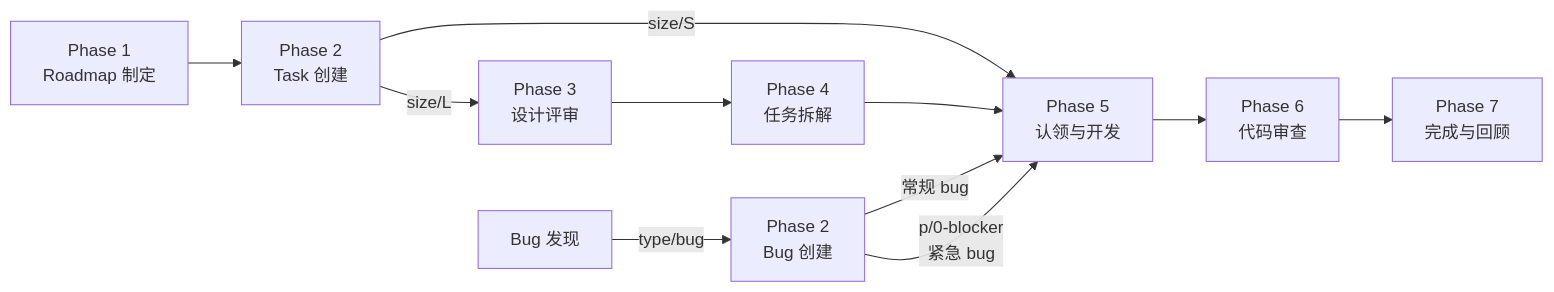
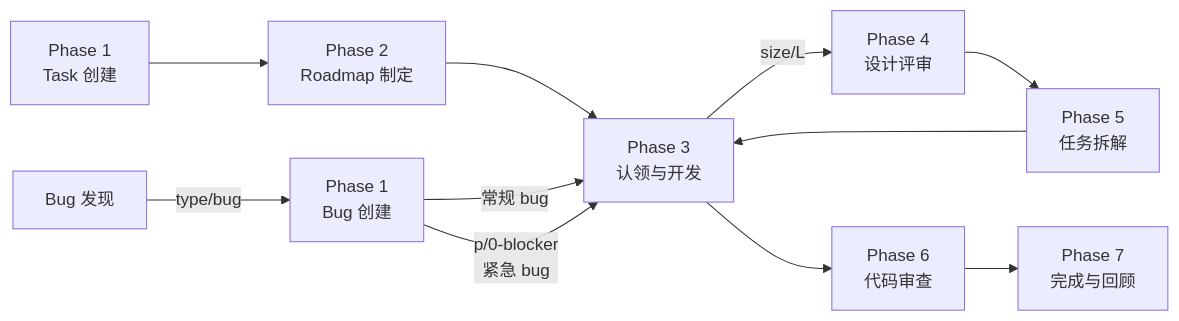
Before and after one commit to primatrix/strix: the fourth of 4 diagrams in docs/onboarding/project-management.md, drawn with Mermaid. The commit also changed other lines of this file, not shown here.

````diff
--- a/docs/onboarding/project-management.md
+++ b/docs/onboarding/project-management.md
@@ -74,13 +105,13 @@
 ```mermaid
 graph LR
-    P1["Phase 1\nRoadmap 制定"] --> P2["Phase 2\nTask 创建"]
-    P2 -->|size/L| P3["Phase 3\n设计评审"]
-    P2 -->|size/S| P5["Phase 5\n认领与开发"]
-    P3 --> P4["Phase 4\n任务拆解"]
-    P4 --> P5
-    P5 --> P6["Phase 6\n代码审查"]
+    P1["Phase 1\nTask 创建"] --> P2["Phase 2\nRoadmap 制定"]
+    P2 --> P3["Phase 3\n认领与开发"]
+    P3 -->|size/L| P4["Phase 4\n设计评审"]
+    P4 --> P5["Phase 5\n任务拆解"]
+    P5 --> P3
+    P3 --> P6["Phase 6\n代码审查"]
     P6 --> P7["Phase 7\n完成与回顾"]
-    B["Bug 发现"] -->|type/bug| P2B["Phase 2\nBug 创建"]
-    P2B -->|常规 bug| P5
-    P2B -->|"p/0-blocker\n紧急 bug"| P5
+    B["Bug 发现"] -->|type/bug| P1B["Phase 1\nBug 创建"]
+    P1B -->|常规 bug| P3
+    P1B -->|"p/0-blocker\n紧急 bug"| P3
 ```
````
